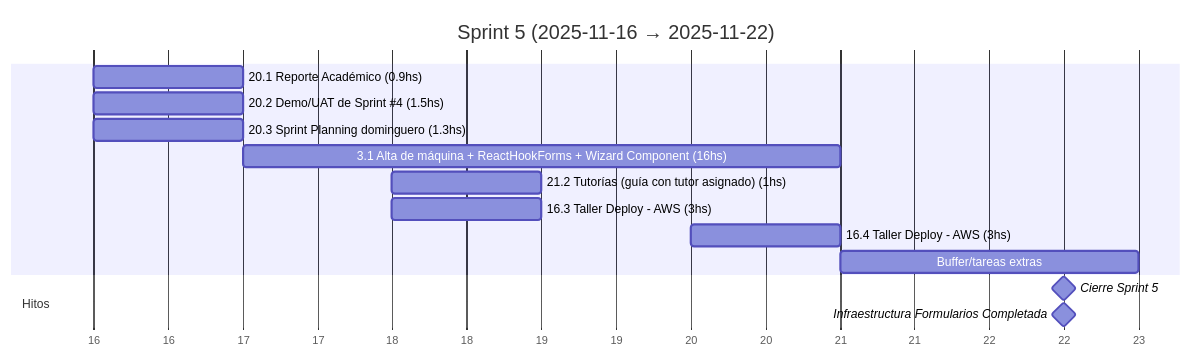
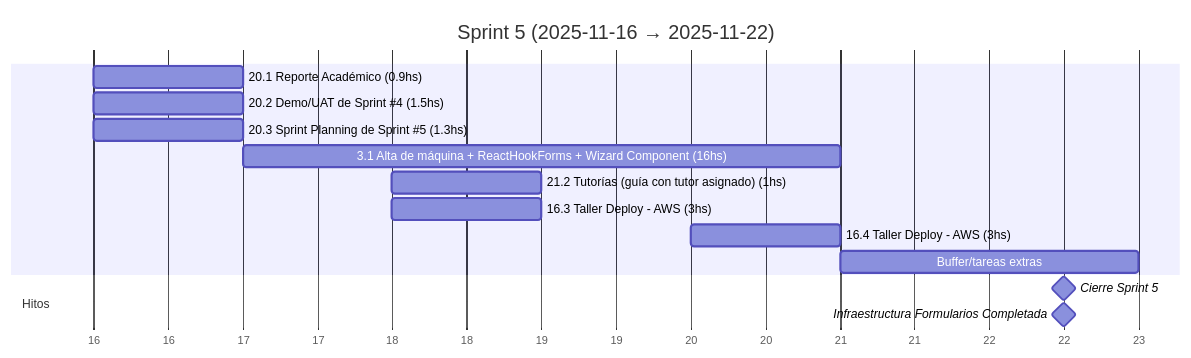
Before and after one commit to MarkMed/FleetMan: the sixth of 19 diagrams in docs/SprintsGantts.md, drawn with Mermaid. The commit also changed other lines of this file and 2 other files, not shown here.

Commit message:
feat: Update Sprint Planning references to include specific sprint numbers

````diff
--- a/docs/SprintsGantts.md
+++ b/docs/SprintsGantts.md
@@ -155,21 +155,21 @@
 ```mermaid
 gantt
   title Sprint 5 (2025-11-16 → 2025-11-22)
   dateFormat  YYYY-MM-DD
   axisFormat  %d
 
   %% Asumimos 5 h/día. Horas estimadas incluidas en el nombre.
 
   20.1 Reporte Académico (0.9hs)               :t201, 2025-11-16, 1d
   20.2 Demo/UAT de Sprint #4 (1.5hs)           :t202, 2025-11-16, 1d
-  20.3 Sprint Planning dominguero (1.3hs)      :t203, 2025-11-16, 1d
+  20.3 Sprint Planning de Sprint #5 (1.3hs)      :t203, 2025-11-16, 1d
   3.1 Alta de máquina + ReactHookForms + Wizard Component (16hs) :t31, after t203, 4d
   21.2 Tutorías (guía con tutor asignado) (1hs) :t212, 2025-11-18, 1d
   16.3 Taller Deploy - AWS (3hs)               :t163, 2025-11-18, 1d
   16.4 Taller Deploy - AWS (3hs)               :t164, 2025-11-20, 1d
   Buffer/tareas extras                         :bextra, after t31, 2d
 
   section Hitos
   Cierre Sprint 5                              :milestone, s5, 2025-11-22, 1d
   Infraestructura Formularios Completada       :milestone, forms, 2025-11-22, 1d
 ```
````
